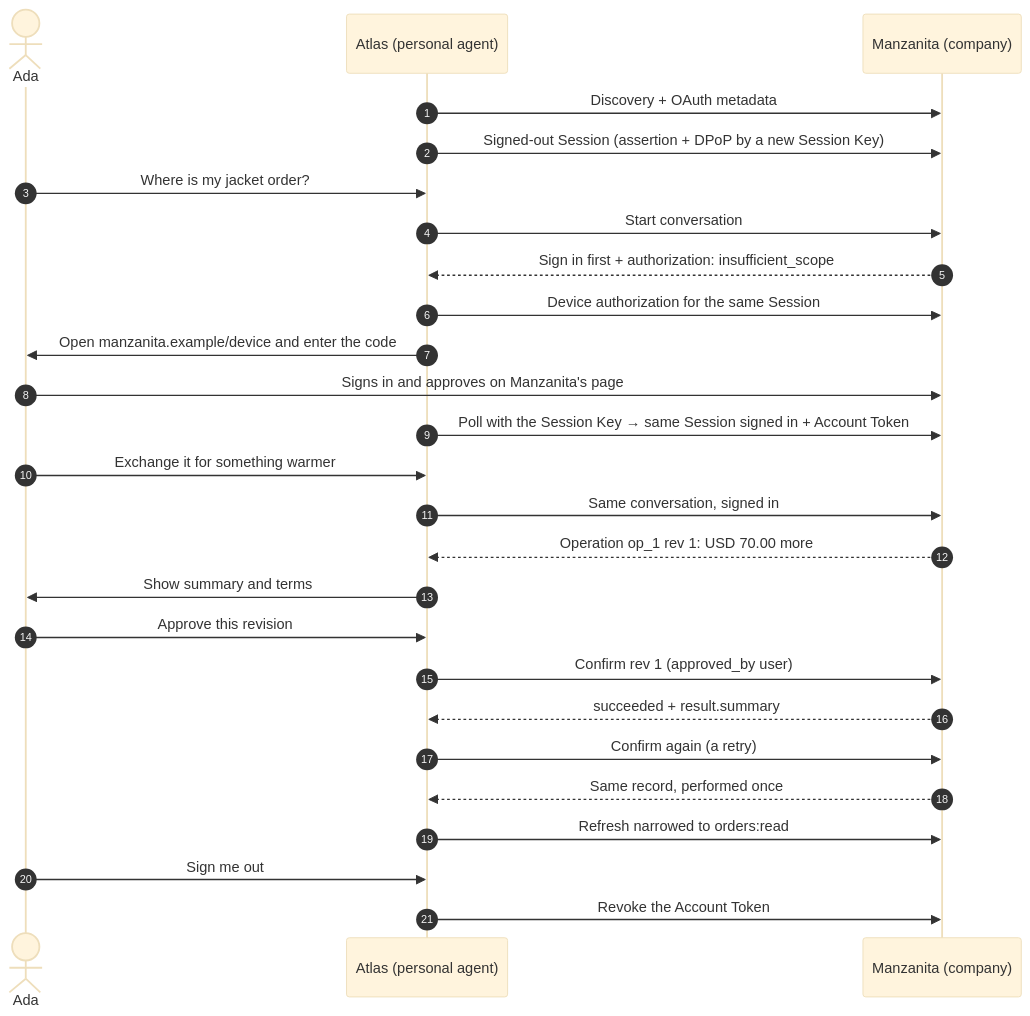
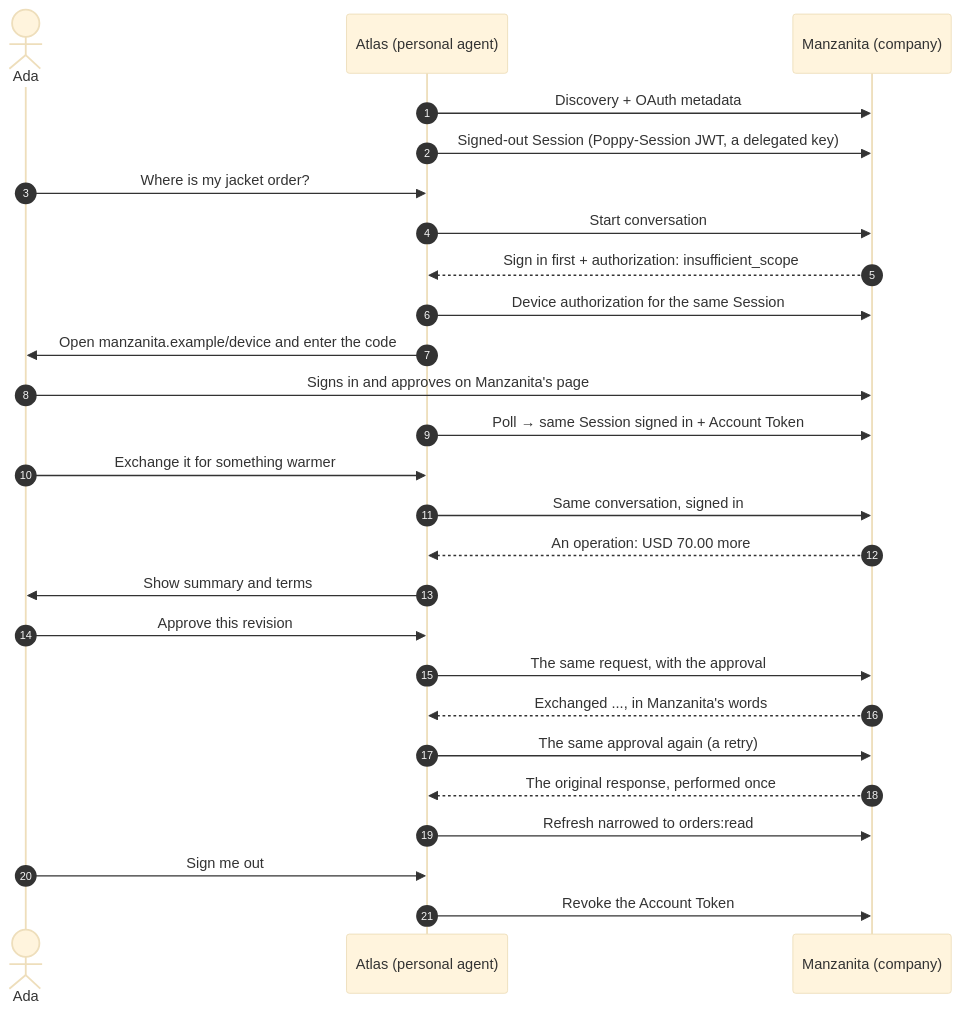
Before and after one commit to datalayer/personal-agent-protocol: the diagram in docs/docs/examples/user-with-a-company.mdx, drawn with Mermaid (base theme). The commit also changed other lines of this file and 22 other files, not shown here.

Commit message:
The four cases as decks: the ./decks entry, YAML from TypeScript files with the parsed deck beside it, shown on the docs site from that export under Cases, linked to datalayer.ai and back; the operations, two-companies and user-with-a-company decks and that page's diagram at draft 0.3

````diff
--- a/docs/docs/examples/user-with-a-company.mdx
+++ b/docs/docs/examples/user-with-a-company.mdx
@@ -20,28 +24,28 @@
 ```mermaid
 sequenceDiagram
   autonumber
   actor Ada
   participant Atlas as Atlas (personal agent)
   participant M as Manzanita (company)
   Atlas->>M: Discovery + OAuth metadata
-  Atlas->>M: Signed-out Session (assertion + DPoP by a new Session Key)
+  Atlas->>M: Signed-out Session (Poppy-Session JWT, a delegated key)
   Ada->>Atlas: Where is my jacket order?
   Atlas->>M: Start conversation
   M-->>Atlas: Sign in first + authorization: insufficient_scope
   Atlas->>M: Device authorization for the same Session
   Atlas->>Ada: Open manzanita.example/device and enter the code
   Ada->>M: Signs in and approves on Manzanita's page
-  Atlas->>M: Poll with the Session Key → same Session signed in + Account Token
+  Atlas->>M: Poll → same Session signed in + Account Token
   Ada->>Atlas: Exchange it for something warmer
   Atlas->>M: Same conversation, signed in
-  M-->>Atlas: Operation op_1 rev 1: USD 70.00 more
+  M-->>Atlas: An operation: USD 70.00 more
   Atlas->>Ada: Show summary and terms
   Ada->>Atlas: Approve this revision
-  Atlas->>M: Confirm rev 1 (approved_by user)
-  M-->>Atlas: succeeded + result.summary
-  Atlas->>M: Confirm again (a retry)
-  M-->>Atlas: Same record, performed once
+  Atlas->>M: The same request, with the approval
+  M-->>Atlas: Exchanged ..., in Manzanita's words
+  Atlas->>M: The same approval again (a retry)
+  M-->>Atlas: The original response, performed once
   Atlas->>M: Refresh narrowed to orders:read
   Ada->>Atlas: Sign me out
   Atlas->>M: Revoke the Account Token
 ```
````
